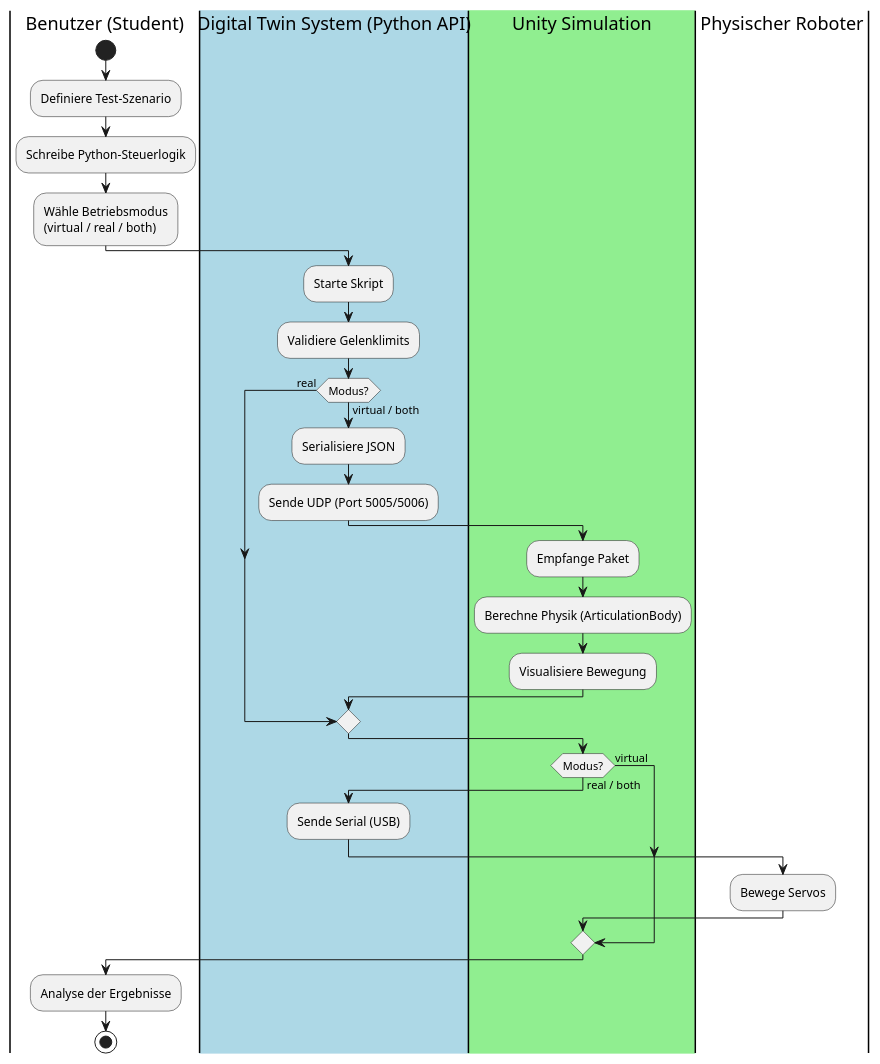
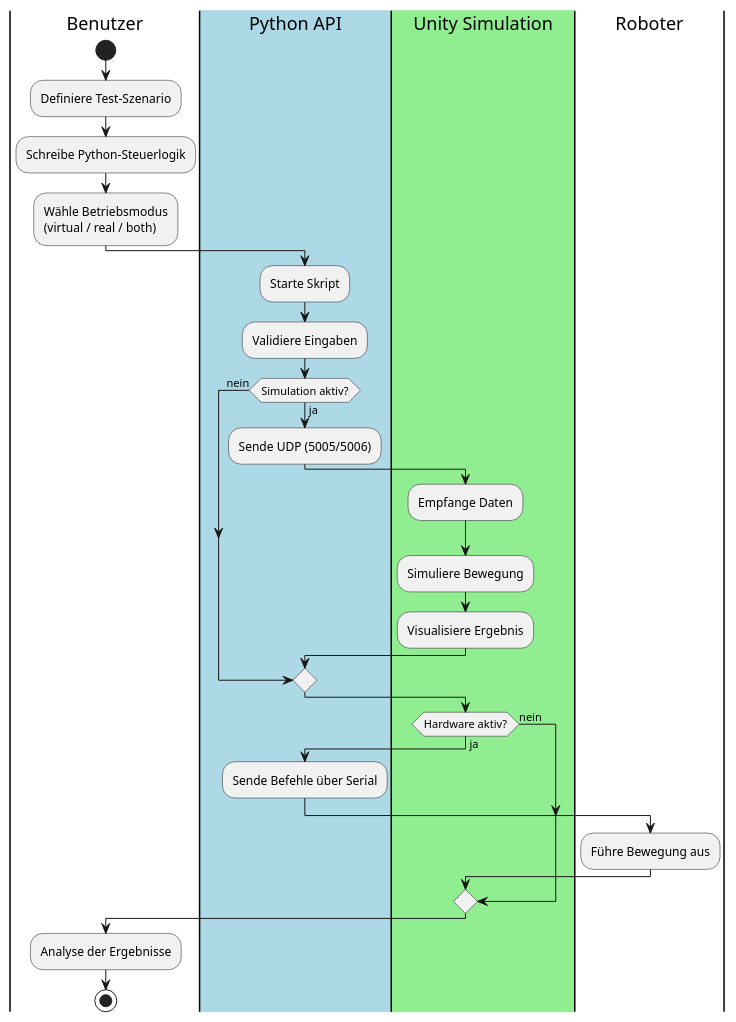
The first of 2 diagrams in docs/asciidoc/chapters/03_system_scope_and_context.adoc (Stonehouse1703/DigitalTwin-for-MyPalletizer-UnityVersion), drawn with PlantUML before and after one commit. The commit also changed other lines of this file and 2 other files, not shown here.

Commit message:
Refine project documentation: enhance introduction, functional requirements, architecture constraints, and context sections for clarity and detail

```diff
--- a/docs/asciidoc/chapters/03_system_scope_and_context.adoc
+++ b/docs/asciidoc/chapters/03_system_scope_and_context.adoc
@@ -12,36 +13,35 @@
 [plantuml, target="diagram-bpmn-process", format="png"]
 ----
 @startuml
-|Benutzer (Student)|
+|Benutzer|
 start
 :Definiere Test-Szenario;
 :Schreibe Python-Steuerlogik;
 :Wähle Betriebsmodus\n(virtual / real / both);
 
-|#LightBlue|Digital Twin System (Python API)|
+|#LightBlue|Python API|
 :Starte Skript;
-:Validiere Gelenklimits;
+:Validiere Eingaben;
 
-if (Modus?) then (virtual / both)
-  :Serialisiere JSON;
-  :Sende UDP (Port 5005/5006);
+if (Simulation aktiv?) then (ja)
+  :Sende UDP (5005/5006);
   |#LightGreen|Unity Simulation|
-  :Empfange Paket;
-  :Berechne Physik (ArticulationBody);
-  :Visualisiere Bewegung;
-else (real)
+  :Empfange Daten;
+  :Simuliere Bewegung;
+  :Visualisiere Ergebnis;
+else (nein)
 endif
 
-if (Modus?) then (real / both)
-  |#LightBlue|Digital Twin System (Python API)|
-  :Sende Serial (USB);
-  |#White|Physischer Roboter|
-  :Bewege Servos;
-else (virtual)
+if (Hardware aktiv?) then (ja)
+  |#LightBlue|Python API|
+  :Sende Befehle über Serial;
+  |#White|Roboter|
+  :Führe Bewegung aus;
+else (nein)
 endif
 
-|Benutzer (Student)|
+|Benutzer|
 :Analyse der Ergebnisse;
 stop
 @enduml
 ----
```
